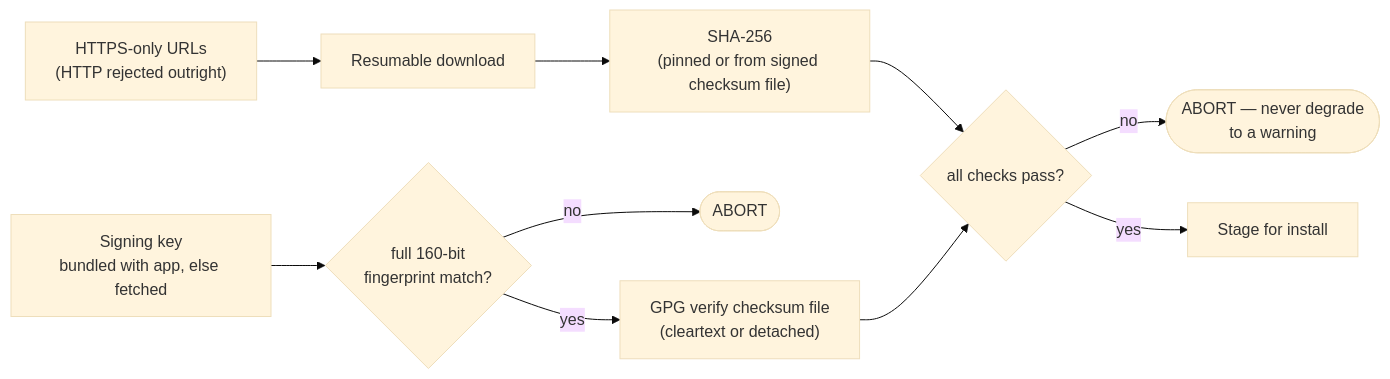
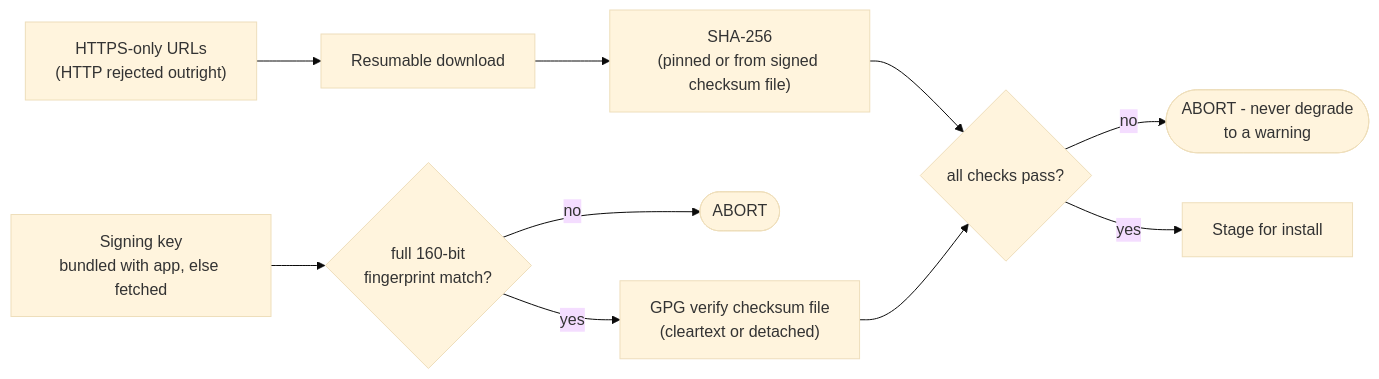
The sixth of 6 diagrams in docs/architecture.md (gillesduif/iGloo), drawn with Mermaid (base theme) before and after one commit. The commit also changed other lines of this file and 25 other files, not shown here.

Commit message:
docs: align documentation with 0.1-alpha validation state, expand roadmap, add WAN Show mention

````diff
--- a/docs/architecture.md
+++ b/docs/architecture.md
@@ -205,12 +205,12 @@
 ```mermaid
 flowchart LR
     URL["HTTPS-only URLs<br>(HTTP rejected outright)"] --> DL["Resumable download"]
     DL --> SHA["SHA-256<br>(pinned or from signed checksum file)"]
     KEY["Signing key<br>bundled with app, else fetched"] --> FPR{"full 160-bit<br>fingerprint match?"}
     FPR -->|no| STOP1(["ABORT"])
     FPR -->|yes| GPG["GPG verify checksum file<br>(cleartext or detached)"]
     SHA --> OK{"all checks pass?"}
     GPG --> OK
-    OK -->|no| STOP2(["ABORT — never degrade<br>to a warning"])
+    OK -->|no| STOP2(["ABORT - never degrade<br>to a warning"])
     OK -->|yes| USE["Stage for install"]
 ```
````
